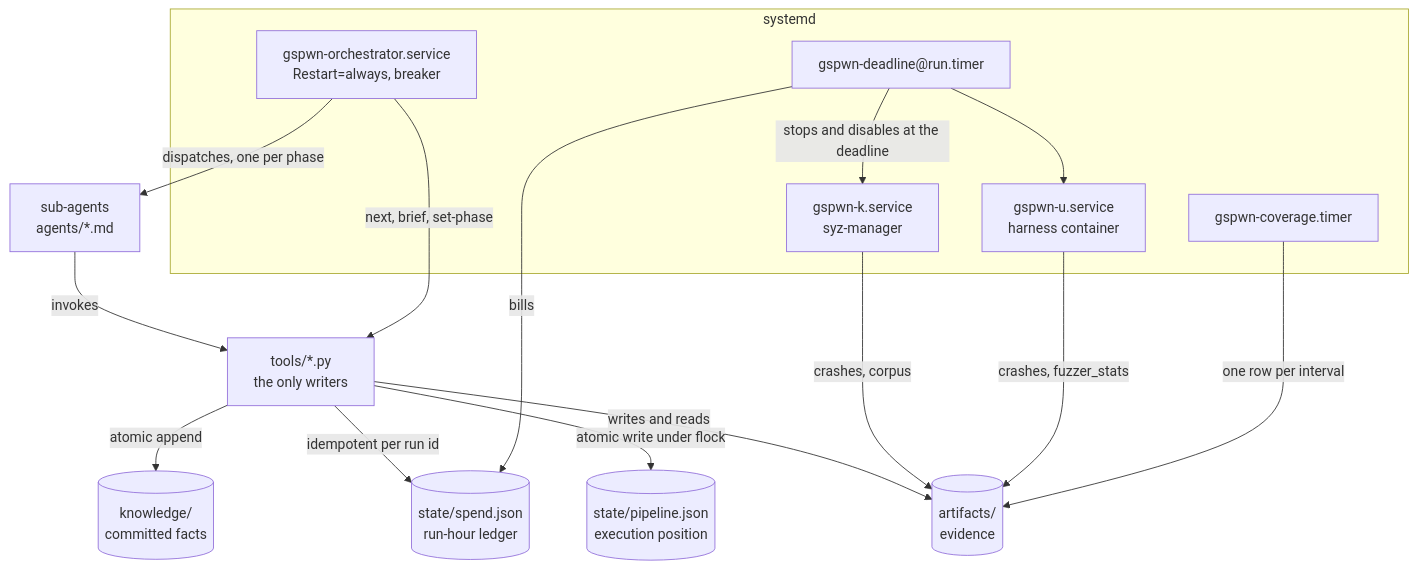
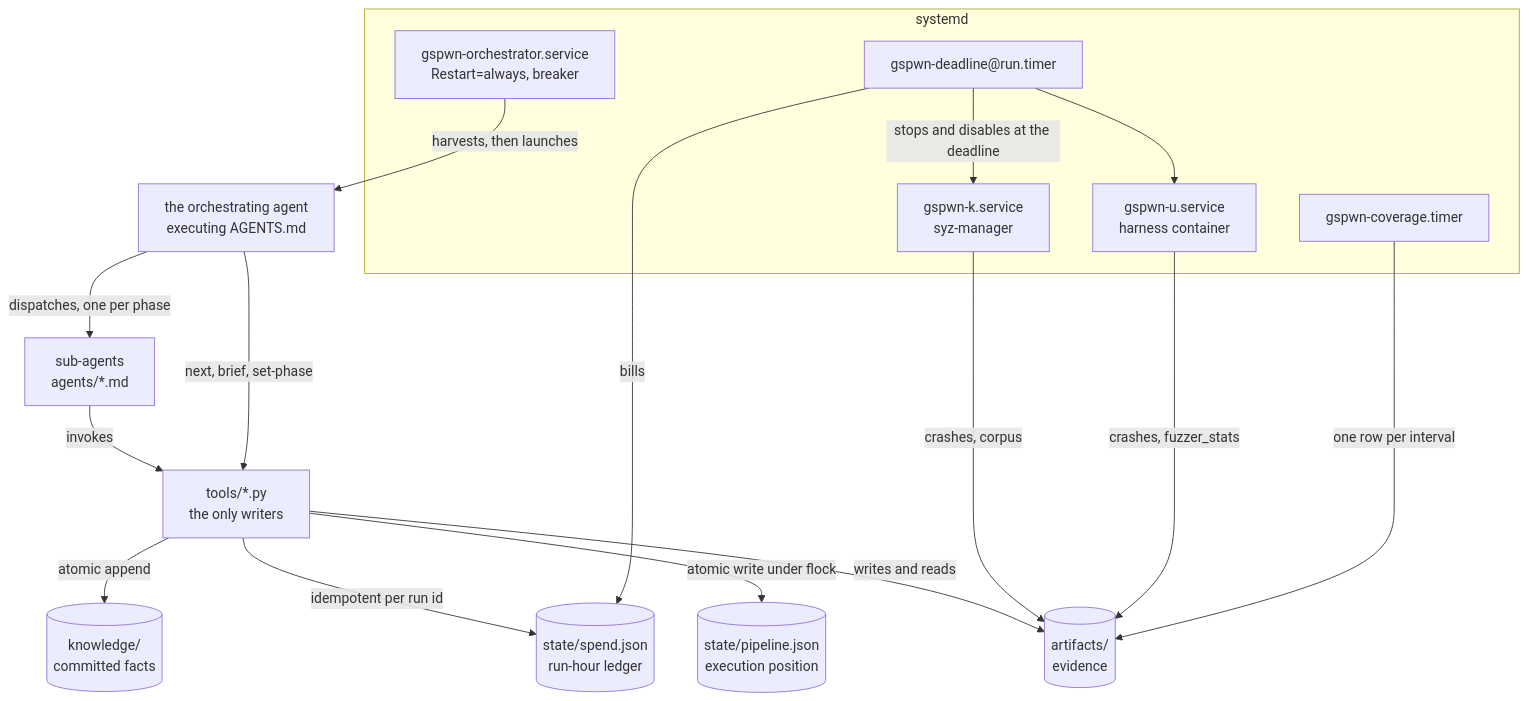
Before and after one commit to Indspl0it/gspwn: the first of 3 diagrams in docs/src/content/docs/architecture/overview.md, drawn with Mermaid. The commit also changed other lines of this file and 129 other files, not shown here.

````diff
--- a/docs/src/content/docs/architecture/overview.md
+++ b/docs/src/content/docs/architecture/overview.md
@@ -28,26 +27,27 @@
 ```mermaid
 flowchart TB
   subgraph SD["systemd"]
     ORCH["gspwn-orchestrator.service<br/>Restart=always, breaker"]
     K["gspwn-k.service<br/>syz-manager"]
     U["gspwn-u.service<br/>harness container"]
     DL["gspwn-deadline@run.timer"]
     COV["gspwn-coverage.timer"]
   end
 
-  ORCH -->|"dispatches, one per phase"| SA["sub-agents<br/>agents/*.md"]
+  ORCH -->|"harvests, then launches"| AG["the orchestrating agent<br/>executing AGENTS.md"]
+  AG -->|"dispatches, one per phase"| SA["sub-agents<br/>agents/*.md"]
   SA -->|"invokes"| T["tools/*.py<br/>the only writers"]
-  ORCH -->|"next, brief, set-phase"| T
+  AG -->|"next, brief, set-phase"| T
 
   T -->|"atomic write under flock"| PJ[("state/pipeline.json<br/>execution position")]
   T -->|"idempotent per run id"| SJ[("state/spend.json<br/>run-hour ledger")]
   T -->|"writes and reads"| AR[("artifacts/<br/>evidence")]
   T -->|"atomic append"| KN[("knowledge/<br/>committed facts")]
 
   K -->|"crashes, corpus"| AR
   U -->|"crashes, fuzzer_stats"| AR
   COV -->|"one row per interval"| AR
   DL -->|"stops and disables at the deadline"| K
   DL --> U
   DL -->|"bills"| SJ
 ```
````
